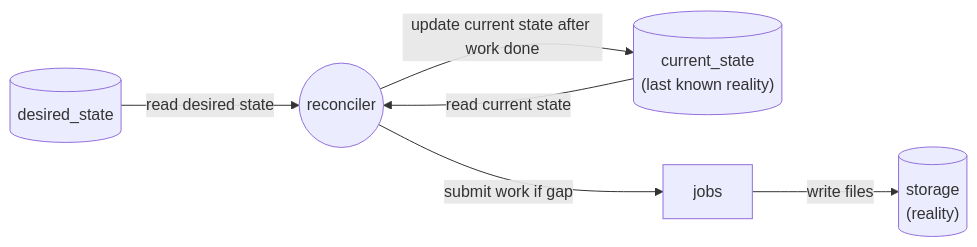
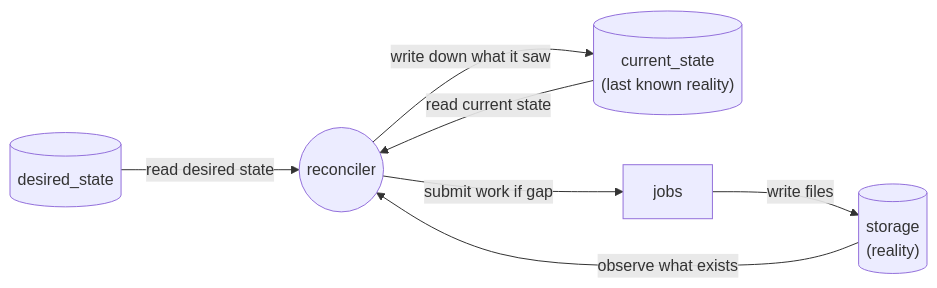
Before and after one commit to NGWPC/twod-fim-knowledge-base: the first of 3 diagrams in system-design/reconciliation-loop.md, drawn with Mermaid. The commit also changed other lines of this file, not shown here.

````diff
--- a/system-design/reconciliation-loop.md
+++ b/system-design/reconciliation-loop.md
@@ -24,12 +26,13 @@
 ```mermaid
 flowchart LR
     DS[("desired_state")]
     ST[("storage<br/>(reality)")]
     CS[("current_state<br/>(last known reality)")]
     R((reconciler))
     DS -- "read desired state" --> R
     CS -- "read current state" --> R
     R -- "submit work if gap" --> J["jobs"]
     J -- "write files" --> ST
-    R -- "update current state after work done" --> CS
+    ST -- "observe what exists" --> R
+    R -- "write down what it saw" --> CS
 ```
````
